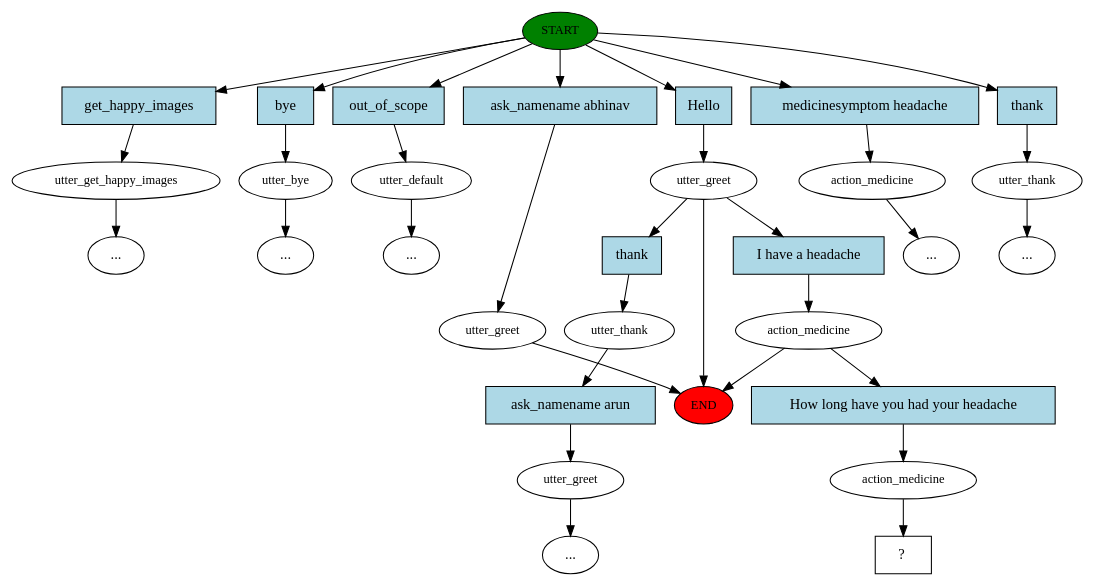
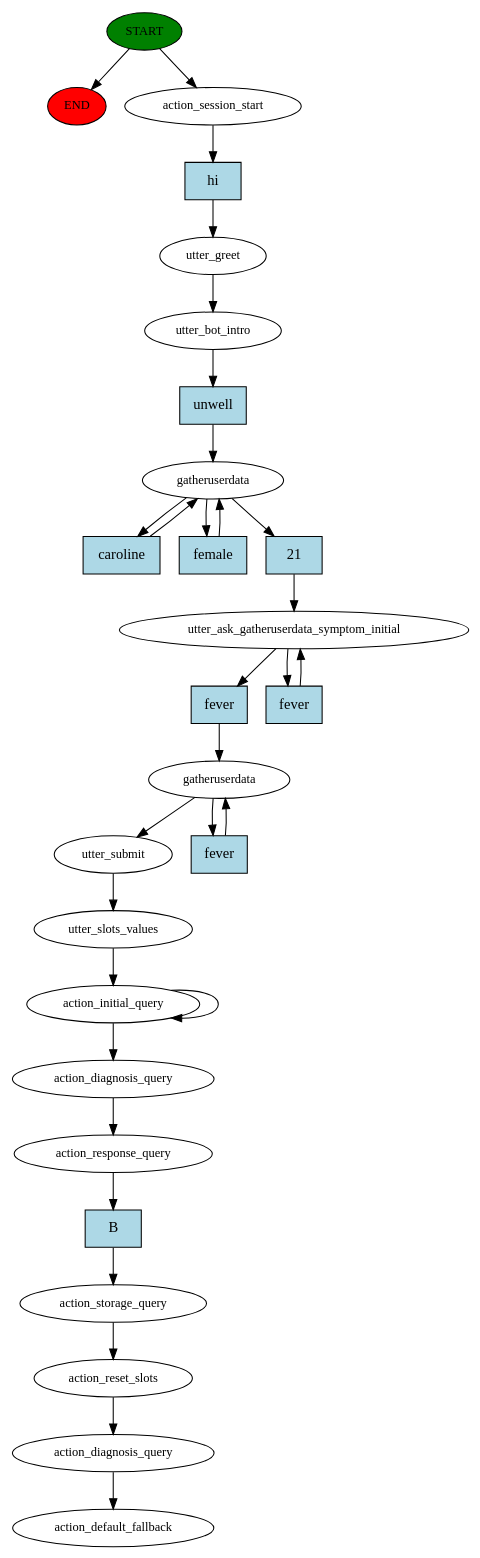
The diagram in story_graph.dot (carolinebarra/HealthRasa_Bot), drawn with Graphviz before and after one commit. The commit also changed 15 other files, not shown here.

```diff
--- a/story_graph.dot
+++ b/story_graph.dot
@@ -1,65 +1,58 @@
 digraph  {
-0 [fontsize=12, style=filled, fillcolor=green, label=START, class="start active"];
-1 [fontsize=12, label=utter_get_happy_images, class=""];
-2 [fontsize=12, label=utter_bye, class=""];
-3 [fontsize=12, label=utter_default, class=""];
-4 [fontsize=12, label=utter_greet, class=active];
-5 [fontsize=12, label=action_medicine, class=active];
-6 [fontsize=12, label=action_medicine, class=""];
-9 [fontsize=12, label=utter_greet, class=""];
-11 [fontsize=12, label=utter_thank, class=""];
-13 [fontsize=12, label=utter_thank, class=""];
-14 [fontsize=12, label=utter_greet, class=""];
-17 [fontsize=12, label=action_medicine, class=active];
-18 [shape=rect, label="  ?  ", class="intent dashed active"];
-19 [shape=rect, style=filled, fillcolor=lightblue, label=get_happy_images, class=intent];
-20 [shape=rect, style=filled, fillcolor=lightblue, label=bye, class=intent];
-21 [shape=rect, style=filled, fillcolor=lightblue, label=out_of_scope, class=intent];
-22 [shape=rect, style=filled, fillcolor=lightblue, label=Hello, class="intent active"];
-23 [shape=rect, style=filled, fillcolor=lightblue, label="medicinesymptom headache", class=intent];
-24 [shape=rect, style=filled, fillcolor=lightblue, label="ask_namename abhinav", class=intent];
-25 [shape=rect, style=filled, fillcolor=lightblue, label=thank, class=intent];
-26 [shape=rect, style=filled, fillcolor=lightblue, label="I have a headache", class="intent active"];
-27 [shape=rect, style=filled, fillcolor=lightblue, label=thank, class=intent];
-28 [shape=rect, style=filled, fillcolor=lightblue, label="How long have you had your headache", class="intent active"];
-29 [shape=rect, style=filled, fillcolor=lightblue, label="ask_namename arun", class=intent];
-"-1" [fontsize=12, style=filled, fillcolor=red, label=END, class=end];
-"-10" [label="...", class=ellipsis];
-"-9" [label="...", class=ellipsis];
-"-8" [label="...", class=ellipsis];
-"-7" [label="...", class=ellipsis];
-"-4" [label="...", class=ellipsis];
-"-3" [label="...", class=ellipsis];
-0 -> 19  [key=0, class=""];
-0 -> 20  [key=0, class=""];
-0 -> 21  [key=0, class=""];
-0 -> 22  [key=0, class=active];
-0 -> 23  [key=0, class=""];
-0 -> 24  [key=0, class=""];
-0 -> 25  [key=0, class=""];
-1 -> "-3"  [key=NONE, label="", class=""];
-2 -> "-4"  [key=NONE, label="", class=""];
-3 -> "-8"  [key=NONE, label="", class=""];
-4 -> 26  [key=0, class=active];
-4 -> 27  [key=0, class=""];
-4 -> "-1"  [key=NONE, label="", class=""];
-5 -> 28  [key=0, class=active];
-5 -> "-1"  [key=NONE, label="", class=""];
-6 -> "-7"  [key=NONE, label="", class=""];
-9 -> "-1"  [key=NONE, label="", class=""];
-11 -> "-9"  [key=NONE, label="", class=""];
-13 -> 29  [key=0, class=""];
-14 -> "-10"  [key=NONE, label="", class=""];
-17 -> 18  [key=NONE, label="", class=active];
-19 -> 1  [key=0, class=""];
-20 -> 2  [key=0, class=""];
-21 -> 3  [key=0, class=""];
-22 -> 4  [key=0, class=active];
-23 -> 6  [key=0, class=""];
-24 -> 9  [key=0, class=""];
-25 -> 11  [key=0, class=""];
-26 -> 5  [key=0, class=active];
-27 -> 13  [key=0, class=""];
-28 -> 17  [key=0, class=active];
-29 -> 14  [key=0, class=""];
+0 [class="start active", fillcolor=green, fontsize=12, label=START, style=filled];
+"-1" [class=end, fillcolor=red, fontsize=12, label=END, style=filled];
+1 [class=active, fontsize=12, label=action_session_start];
+2 [class=active, fontsize=12, label=utter_greet];
+3 [class=active, fontsize=12, label=utter_bot_intro];
+4 [class=active, fontsize=12, label=gatheruserdata];
+7 [class=active, fontsize=12, label=utter_ask_gatheruserdata_symptom_initial];
+9 [class=active, fontsize=12, label=gatheruserdata];
+11 [class=active, fontsize=12, label=utter_submit];
+12 [class=active, fontsize=12, label=utter_slots_values];
+13 [class=active, fontsize=12, label=action_initial_query];
+15 [class=active, fontsize=12, label=action_diagnosis_query];
+16 [class=active, fontsize=12, label=action_response_query];
+17 [class=active, fontsize=12, label=action_storage_query];
+18 [class=active, fontsize=12, label=action_reset_slots];
+19 [class=active, fontsize=12, label=action_diagnosis_query];
+20 [class="dashed active", fontsize=12, label=action_default_fallback];
+21 [class="intent active", fillcolor=lightblue, label=hi, shape=rect, style=filled];
+22 [class="intent active", fillcolor=lightblue, label=unwell, shape=rect, style=filled];
+23 [class="intent active", fillcolor=lightblue, label=caroline, shape=rect, style=filled];
+24 [class="intent active", fillcolor=lightblue, label=female, shape=rect, style=filled];
+25 [class="intent active", fillcolor=lightblue, label=21, shape=rect, style=filled];
+26 [class="intent active", fillcolor=lightblue, label=fever, shape=rect, style=filled];
+27 [class="intent active", fillcolor=lightblue, label=fever, shape=rect, style=filled];
+28 [class="intent active", fillcolor=lightblue, label=fever, shape=rect, style=filled];
+29 [class="intent active", fillcolor=lightblue, label=B, shape=rect, style=filled];
+0 -> "-1"  [class="", key=NONE, label=""];
+0 -> 1  [class=active, key=NONE, label=""];
+1 -> 21  [class=active, key=0];
+2 -> 3  [class=active, key=NONE, label=""];
+3 -> 22  [class=active, key=0];
+4 -> 23  [class=active, key=0];
+4 -> 24  [class=active, key=0];
+4 -> 25  [class=active, key=0];
+7 -> 26  [class=active, key=0];
+7 -> 27  [class=active, key=0];
+9 -> 11  [class=active, key=NONE, label=""];
+9 -> 28  [class=active, key=0];
+11 -> 12  [class=active, key=NONE, label=""];
+12 -> 13  [class=active, key=NONE, label=""];
+13 -> 15  [class=active, key=NONE, label=""];
+13 -> 13  [class=active, key=NONE, label=""];
+15 -> 16  [class=active, key=NONE, label=""];
+16 -> 29  [class=active, key=0];
+17 -> 18  [class=active, key=NONE, label=""];
+18 -> 19  [class=active, key=NONE, label=""];
+19 -> 20  [class=active, key=NONE, label=""];
+21 -> 2  [class=active, key=0];
+22 -> 4  [class=active, key=0];
+23 -> 4  [class=active, key=0];
+24 -> 4  [class=active, key=0];
+25 -> 7  [class=active, key=0];
+26 -> 9  [class=active, key=0];
+27 -> 7  [class=active, key=0];
+28 -> 9  [class=active, key=0];
+29 -> 17  [class=active, key=0];
 }
```
